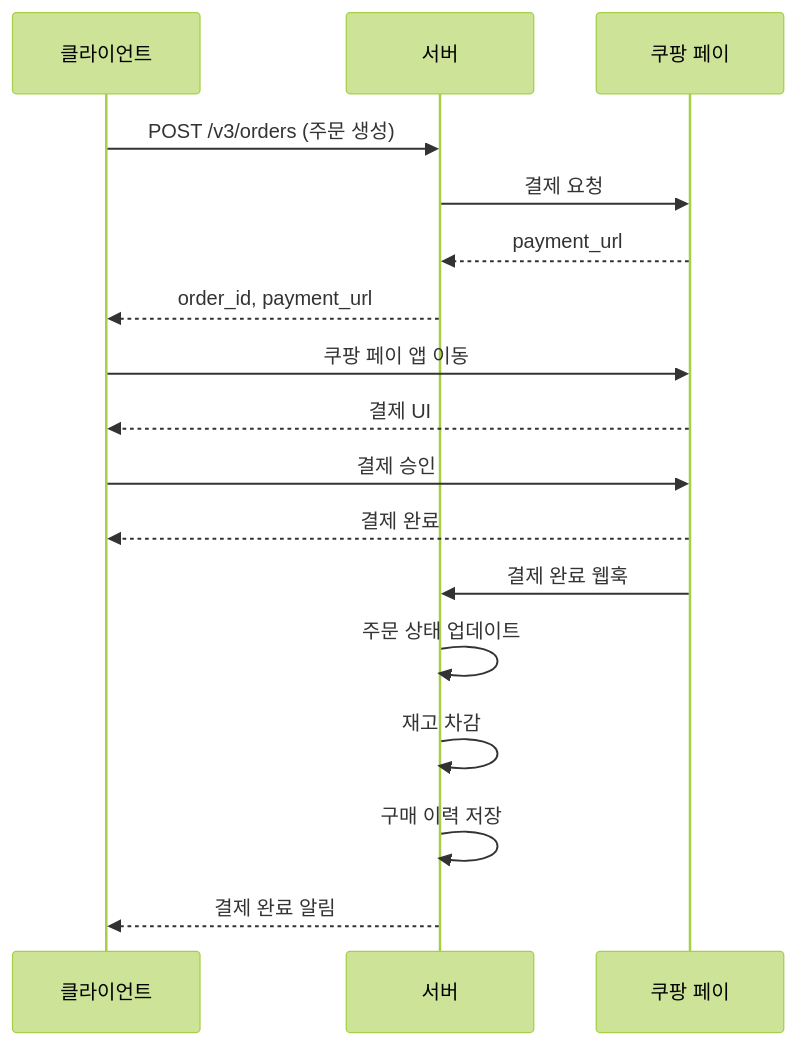
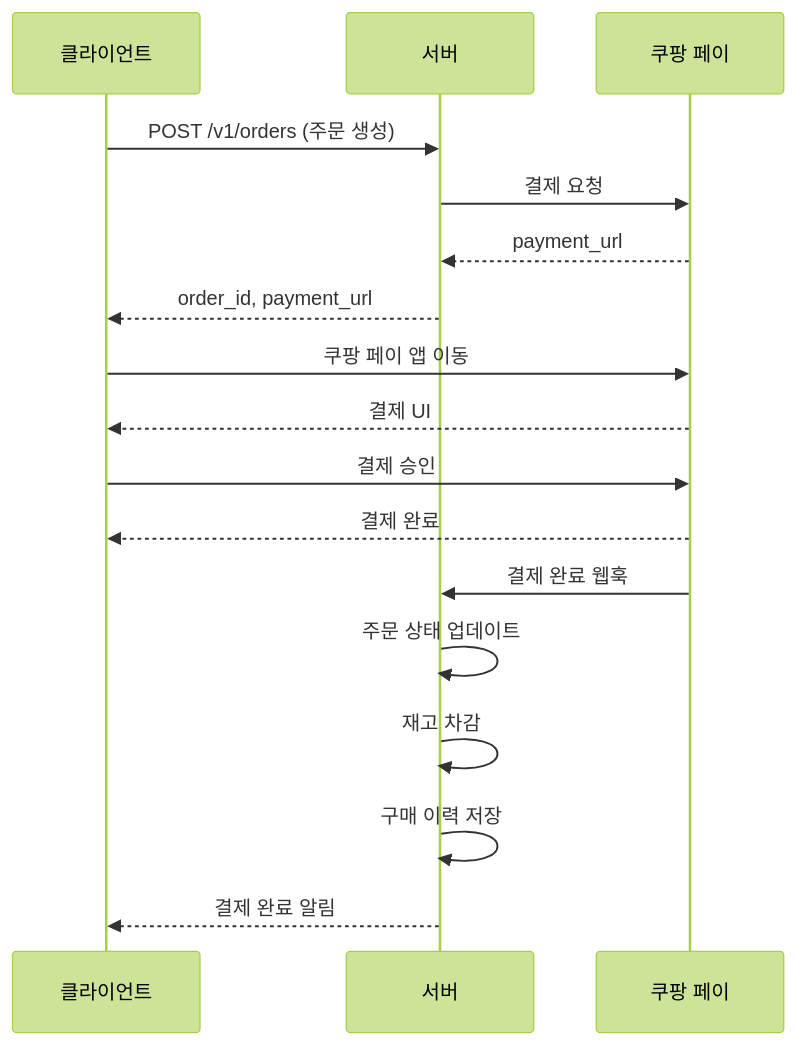
Before and after one commit to coteleafdev/SkinLens: the fourth of 5 diagrams in docs/user/PRODUCT_PURCHASE_GUIDE.md, drawn with Mermaid (forest theme). The commit also changed other lines of this file and 52 other files, not shown here.

````diff
--- a/docs/user/PRODUCT_PURCHASE_GUIDE.md
+++ b/docs/user/PRODUCT_PURCHASE_GUIDE.md
@@ -399,24 +399,24 @@
 ```mermaid
 sequenceDiagram
     participant C as 클라이언트
     participant S as 서버
     participant K as 쿠팡 페이
     
-    C->>S: POST /v3/orders (주문 생성)
+    C->>S: POST /v1/orders (주문 생성)
     S->>K: 결제 요청
     K-->>S: payment_url
     S-->>C: order_id, payment_url
     
     C->>K: 쿠팡 페이 앱 이동
     K-->>C: 결제 UI
     
     C->>K: 결제 승인
     K-->>C: 결제 완료
     
     K->>S: 결제 완료 웹훅
     S->>S: 주문 상태 업데이트
     S->>S: 재고 차감
     S->>S: 구매 이력 저장
     
     S-->>C: 결제 완료 알림
 ```
````
